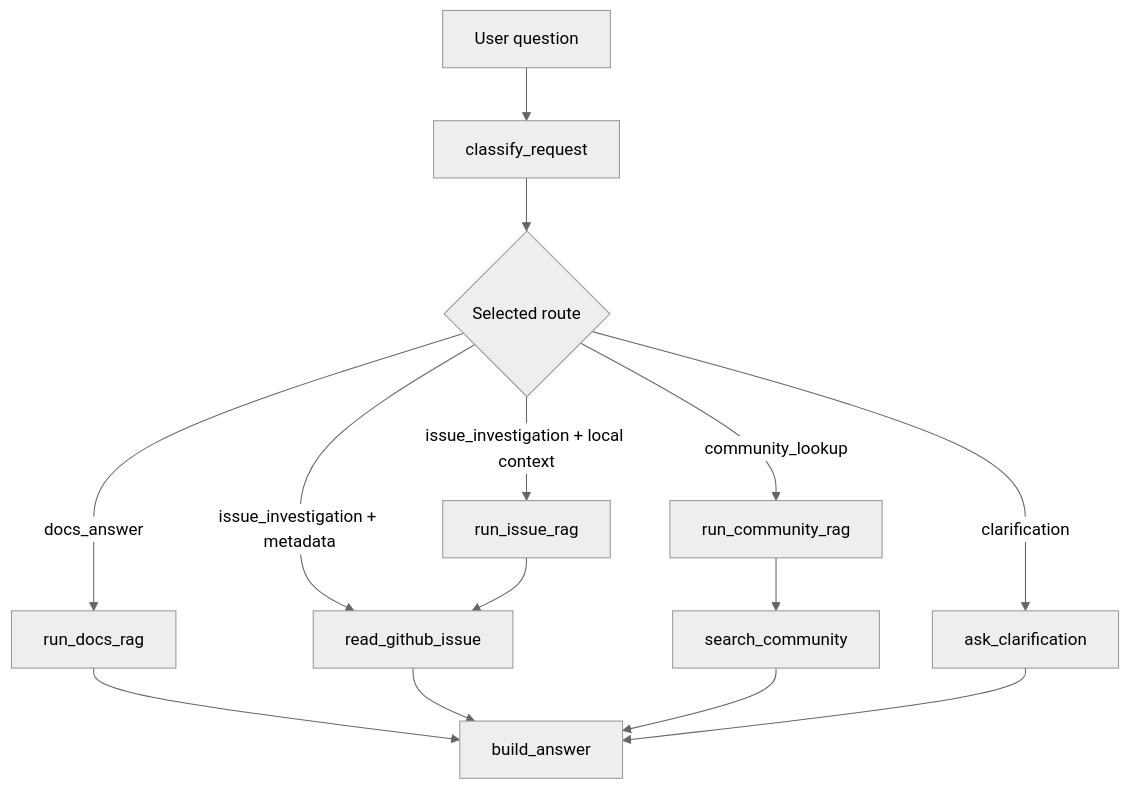
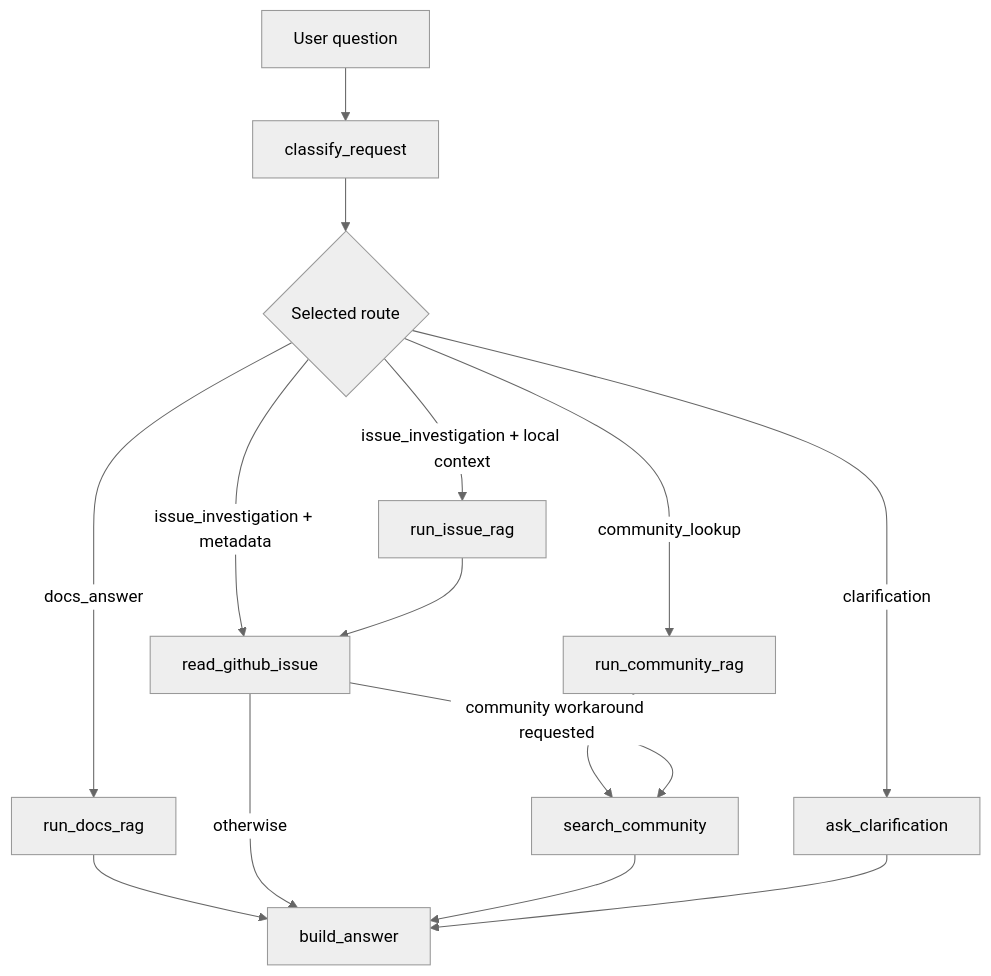
The diagram in scripts/final/README.md (Uhbyxer/supp-bro), drawn with Mermaid (neutral theme) before and after one commit. The commit also changed other lines of this file, not shown here.

Commit message:
Use community search as issue augmentation

````diff
--- a/scripts/final/README.md
+++ b/scripts/final/README.md
@@ -70,16 +70,17 @@
 ```mermaid
 flowchart TD
   Q["User question"] --> C["classify_request"]
   C --> D{"Selected route"}
   D -->|docs_answer| DR["run_docs_rag"]
   D -->|issue_investigation + metadata| GH["read_github_issue"]
   D -->|issue_investigation + local context| IR["run_issue_rag"]
   D -->|community_lookup| CR["run_community_rag"]
   D -->|clarification| AQ["ask_clarification"]
   IR --> GH
   CR --> SO["search_community"]
   DR --> A["build_answer"]
-  GH --> A
+  GH -->|community workaround requested| SO
+  GH -->|otherwise| A
   SO --> A
   AQ --> A
 ```
````
